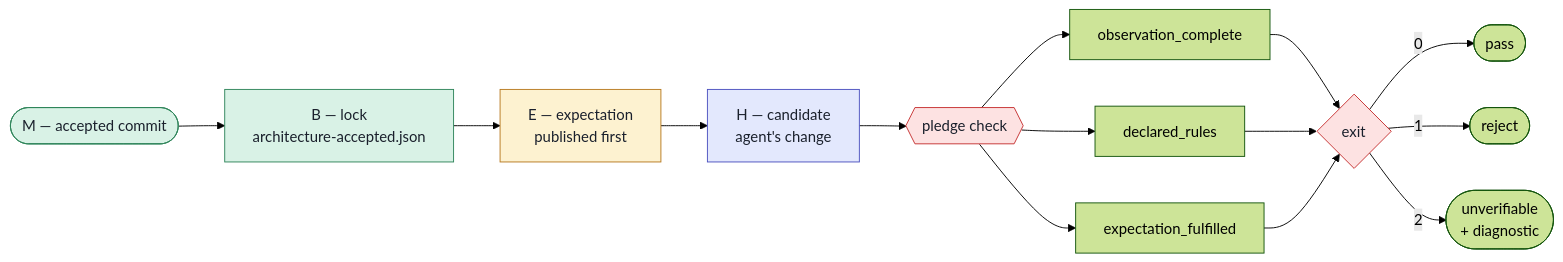
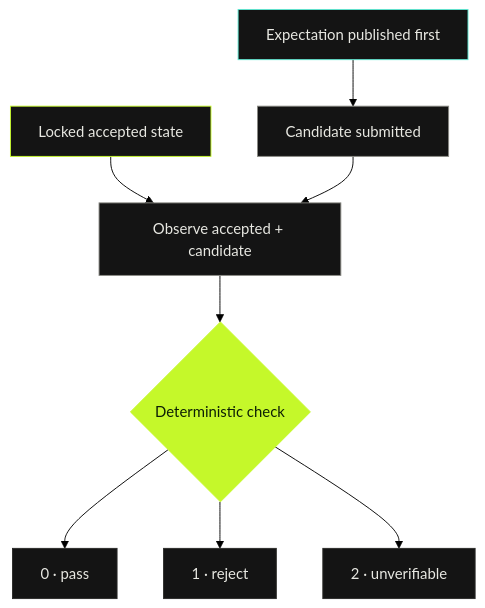
Before and after one commit to rapiddweller/archkeel: the first of 3 diagrams in README.md, drawn with Mermaid (forest theme). The commit also changed other lines of this file and 111 other files, not shown here.

````diff
--- a/README.md
+++ b/README.md
@@ -21,23 +138,22 @@
 ```mermaid
-flowchart LR
-    M([M — accepted commit]) --> B[B — lock<br/>architecture-accepted.json]
-    B --> E[E — expectation<br/>published first]
-    E --> H[H — candidate<br/>agent's change]
-    H --> C{{pledge check}}
-    C --> V1[observation_complete]
-    C --> V2[declared_rules]
-    C --> V3[expectation_fulfilled]
-    V1 & V2 & V3 --> X{exit}
-    X -->|0| OK([pass])
-    X -->|1| NO([reject])
-    X -->|2| UNK([unverifiable<br/>+ diagnostic])
+flowchart TB
+    B["Locked accepted state"] --> O["Observe accepted + candidate"]
+    E["Expectation published first"] --> H["Candidate submitted"]
+    H --> O
+    O --> C{"Deterministic check"}
+    C --> P["0 · pass"]
+    C --> R["1 · reject"]
+    C --> U["2 · unverifiable"]
 
-    classDef accepted fill:#d9f2e6,stroke:#2f855a,color:#1a202c
-    classDef declared fill:#fdf2d0,stroke:#b7791f,color:#1a202c
-    classDef candidate fill:#e3e8fd,stroke:#4c51bf,color:#1a202c
-    classDef gate fill:#fde2e2,stroke:#c53030,color:#1a202c
-    class M,B accepted
+    classDef locked fill:#141414,stroke:#C5F82A,color:#E8E8E2
+    classDef declared fill:#141414,stroke:#5EEAD4,color:#E8E8E2
+    classDef candidate fill:#141414,stroke:#8A8A84,color:#E8E8E2
+    classDef gate fill:#C5F82A,stroke:#C5F82A,color:#0D1F05
+    classDef result fill:#141414,stroke:#2A2A28,color:#E8E8E2
+
+    class B locked
     class E declared
-    class H candidate
-    class C,X gate
+    class H,O candidate
+    class C gate
+    class P,R,U result
 ```
````
